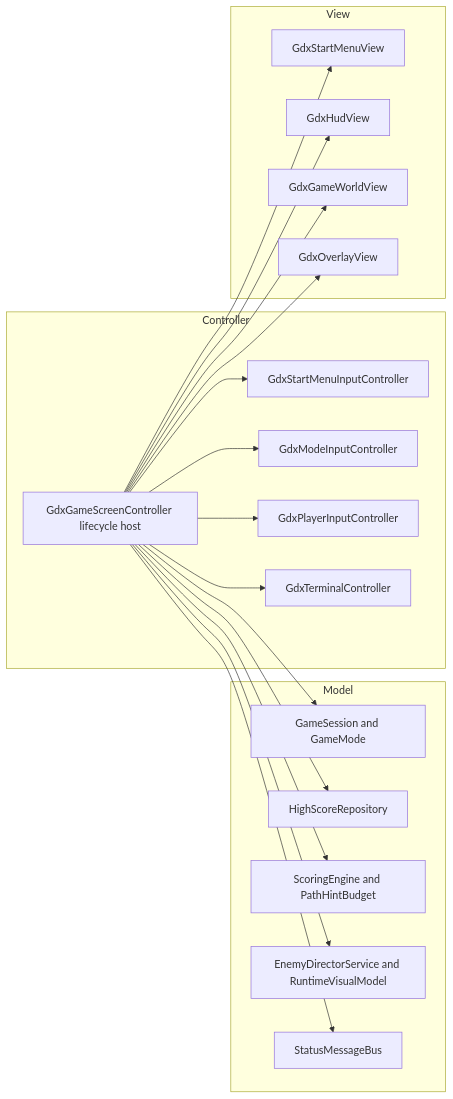
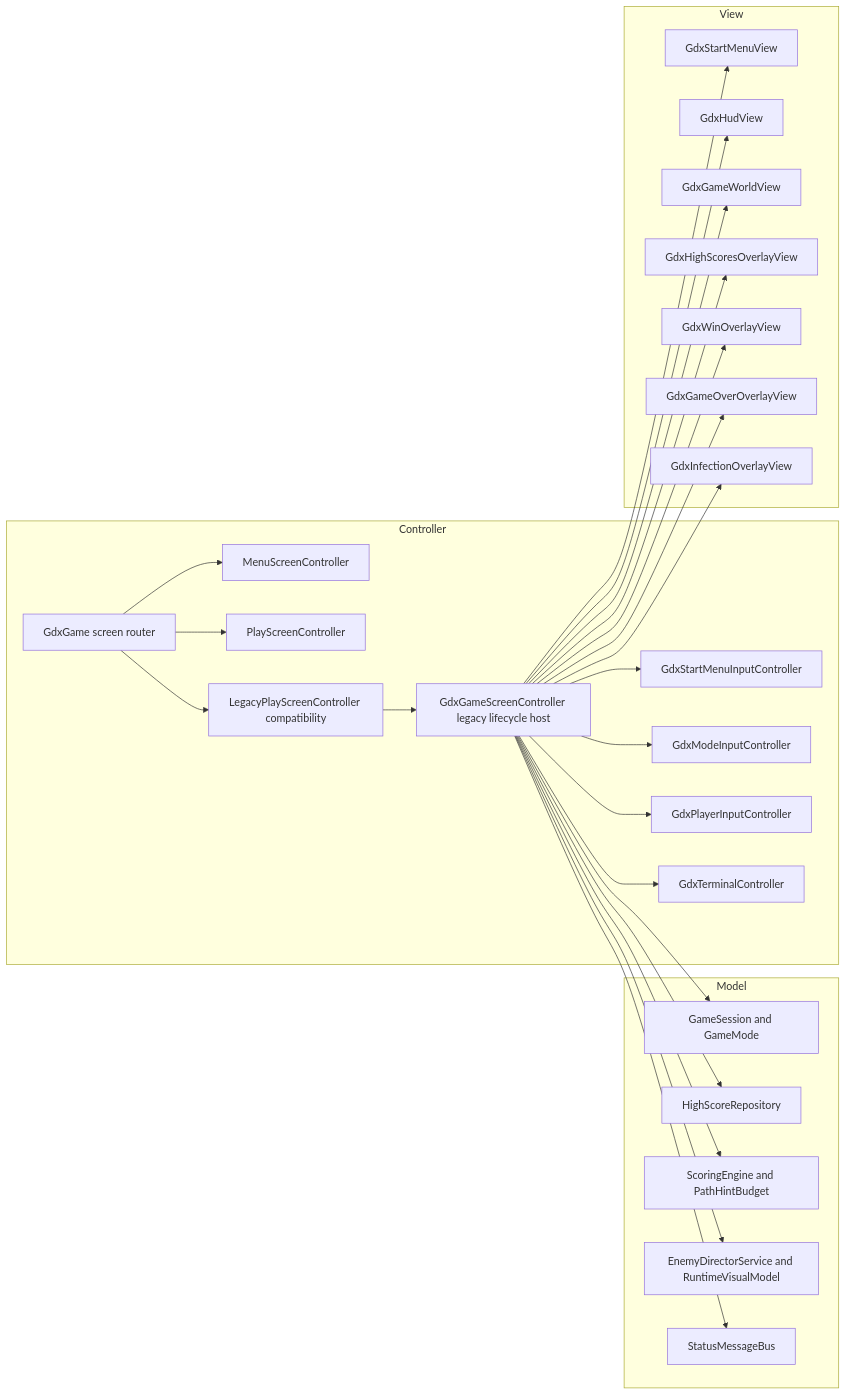
Before and after one commit to itnifl/MazeGame: the diagram in readme.md, drawn with Mermaid.

Commit message:
docs: refresh root libgdx mvc overview diagram

````diff
--- a/readme.md
+++ b/readme.md
@@ -169,41 +169,56 @@
 ```mermaid
 flowchart LR
   subgraph Model
     GS[GameSession and GameMode]
     RH[HighScoreRepository]
     SC[ScoringEngine and PathHintBudget]
     RT[EnemyDirectorService and RuntimeVisualModel]
     SB[StatusMessageBus]
   end
 
   subgraph Controller
-    GGS[GdxGameScreenController lifecycle host]
+    GG[GdxGame screen router]
+    MSC[MenuScreenController]
+    PSC[PlayScreenController]
+    LSC[LegacyPlayScreenController compatibility]
+    GGS[GdxGameScreenController legacy lifecycle host]
     SMI[GdxStartMenuInputController]
     MI[GdxModeInputController]
     PI[GdxPlayerInputController]
     TI[GdxTerminalController]
   end
 
   subgraph View
     SMV[GdxStartMenuView]
     HV[GdxHudView]
     WV[GdxGameWorldView]
-    OV[GdxOverlayView]
+    HSV[GdxHighScoresOverlayView]
+    WIV[GdxWinOverlayView]
+    GOV[GdxGameOverOverlayView]
+    IFV[GdxInfectionOverlayView]
   end
+
+  GG --> MSC
+  GG --> PSC
+  GG --> LSC
+  LSC --> GGS
 
   GGS --> GS
   GGS --> RH
   GGS --> SC
   GGS --> RT
   GGS --> SB
 
   GGS --> SMI
   GGS --> MI
   GGS --> PI
   GGS --> TI
 
   GGS --> SMV
   GGS --> HV
   GGS --> WV
-  GGS --> OV
+  GGS --> HSV
+  GGS --> WIV
+  GGS --> GOV
+  GGS --> IFV
 ```
````
